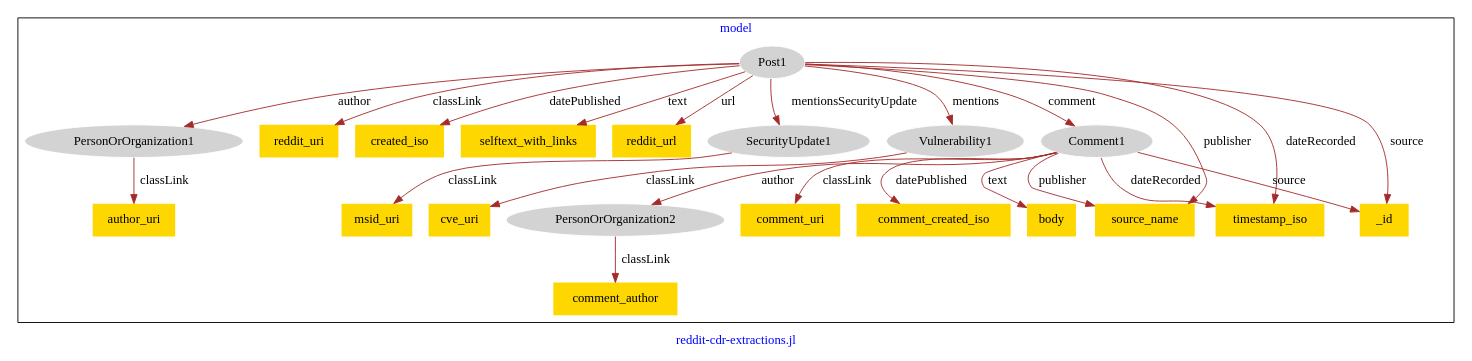
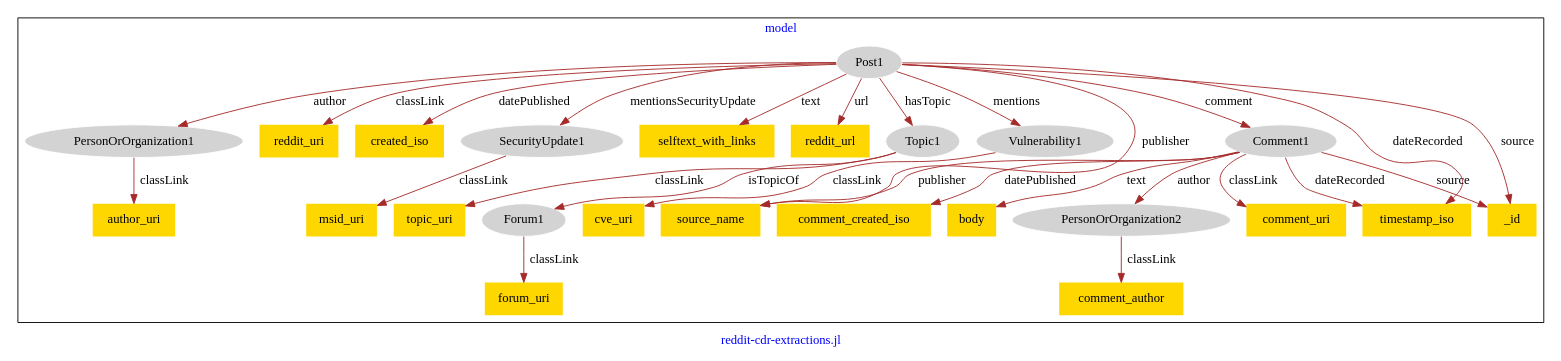
Before and after one commit to usc-isi-i2/effect-alignment: the diagram in models/hg-reddit/hg-reddit-model.dot, drawn with Graphviz.

Commit message:
Update file hg-reddit-model.dot

```diff
--- a/models/hg-reddit/hg-reddit-model.dot
+++ b/models/hg-reddit/hg-reddit-model.dot
@@ -1,50 +1,58 @@
 digraph n0 {
 fontcolor="blue"
 remincross="true"
 label="reddit-cdr-extractions.jl"
 subgraph cluster {
 label="model"
-n2[style="filled",color="white",fillcolor="lightgray",label="PersonOrOrganization1"];
-n3[shape="plaintext",style="filled",fillcolor="gold",label="author_uri"];
-n4[style="filled",color="white",fillcolor="lightgray",label="PersonOrOrganization2"];
-n5[shape="plaintext",style="filled",fillcolor="gold",label="comment_author"];
-n6[style="filled",color="white",fillcolor="lightgray",label="Post1"];
-n7[shape="plaintext",style="filled",fillcolor="gold",label="reddit_uri"];
-n8[shape="plaintext",style="filled",fillcolor="gold",label="created_iso"];
-n9[shape="plaintext",style="filled",fillcolor="gold",label="selftext_with_links"];
-n10[shape="plaintext",style="filled",fillcolor="gold",label="reddit_url"];
-n11[style="filled",color="white",fillcolor="lightgray",label="SecurityUpdate1"];
-n12[shape="plaintext",style="filled",fillcolor="gold",label="msid_uri"];
-n13[style="filled",color="white",fillcolor="lightgray",label="Vulnerability1"];
-n14[shape="plaintext",style="filled",fillcolor="gold",label="cve_uri"];
-n15[style="filled",color="white",fillcolor="lightgray",label="Comment1"];
-n16[shape="plaintext",style="filled",fillcolor="gold",label="comment_uri"];
-n17[shape="plaintext",style="filled",fillcolor="gold",label="comment_created_iso"];
-n18[shape="plaintext",style="filled",fillcolor="gold",label="body"];
-n19[shape="plaintext",style="filled",fillcolor="gold",label="_id"];
-n20[shape="plaintext",style="filled",fillcolor="gold",label="source_name"];
-n21[shape="plaintext",style="filled",fillcolor="gold",label="timestamp_iso"];
+n2[style="filled",color="white",fillcolor="lightgray",label="Forum1"];
+n3[shape="plaintext",style="filled",fillcolor="gold",label="forum_uri"];
+n4[style="filled",color="white",fillcolor="lightgray",label="PersonOrOrganization1"];
+n5[shape="plaintext",style="filled",fillcolor="gold",label="author_uri"];
+n6[style="filled",color="white",fillcolor="lightgray",label="PersonOrOrganization2"];
+n7[shape="plaintext",style="filled",fillcolor="gold",label="comment_author"];
+n8[style="filled",color="white",fillcolor="lightgray",label="Post1"];
+n9[shape="plaintext",style="filled",fillcolor="gold",label="reddit_uri"];
+n10[shape="plaintext",style="filled",fillcolor="gold",label="created_iso"];
+n11[shape="plaintext",style="filled",fillcolor="gold",label="source_name"];
+n12[shape="plaintext",style="filled",fillcolor="gold",label="selftext_with_links"];
+n13[shape="plaintext",style="filled",fillcolor="gold",label="reddit_url"];
+n14[style="filled",color="white",fillcolor="lightgray",label="SecurityUpdate1"];
+n15[shape="plaintext",style="filled",fillcolor="gold",label="msid_uri"];
+n16[style="filled",color="white",fillcolor="lightgray",label="Topic1"];
+n17[shape="plaintext",style="filled",fillcolor="gold",label="topic_uri"];
+n18[style="filled",color="white",fillcolor="lightgray",label="Vulnerability1"];
+n19[shape="plaintext",style="filled",fillcolor="gold",label="cve_uri"];
+n20[style="filled",color="white",fillcolor="lightgray",label="Comment1"];
+n21[shape="plaintext",style="filled",fillcolor="gold",label="comment_uri"];
+n22[shape="plaintext",style="filled",fillcolor="gold",label="comment_created_iso"];
+n23[shape="plaintext",style="filled",fillcolor="gold",label="body"];
+n24[shape="plaintext",style="filled",fillcolor="gold",label="timestamp_iso"];
+n25[shape="plaintext",style="filled",fillcolor="gold",label="_id"];
 }
 n2 -> n3[color="brown",fontcolor="black",label="classLink"]
 n4 -> n5[color="brown",fontcolor="black",label="classLink"]
 n6 -> n7[color="brown",fontcolor="black",label="classLink"]
-n6 -> n2[color="brown",fontcolor="black",label="author"]
-n6 -> n8[color="brown",fontcolor="black",label="datePublished"]
-n6 -> n9[color="brown",fontcolor="black",label="text"]
-n6 -> n10[color="brown",fontcolor="black",label="url"]
-n11 -> n12[color="brown",fontcolor="black",label="classLink"]
-n13 -> n14[color="brown",fontcolor="black",label="classLink"]
-n15 -> n16[color="brown",fontcolor="black",label="classLink"]
-n15 -> n4[color="brown",fontcolor="black",label="author"]
-n15 -> n17[color="brown",fontcolor="black",label="datePublished"]
-n15 -> n18[color="brown",fontcolor="black",label="text"]
-n15 -> n19[color="brown",fontcolor="black",label="source"]
-n6 -> n20[color="brown",fontcolor="black",label="publisher"]
-n15 -> n21[color="brown",fontcolor="black",label="dateRecorded"]
-n6 -> n11[color="brown",fontcolor="black",label="mentionsSecurityUpdate"]
-n15 -> n20[color="brown",fontcolor="black",label="publisher"]
-n6 -> n21[color="brown",fontcolor="black",label="dateRecorded"]
-n6 -> n19[color="brown",fontcolor="black",label="source"]
-n6 -> n13[color="brown",fontcolor="black",label="mentions"]
-n6 -> n15[color="brown",fontcolor="black",label="comment"]
+n8 -> n9[color="brown",fontcolor="black",label="classLink"]
+n8 -> n10[color="brown",fontcolor="black",label="datePublished"]
+n8 -> n11[color="brown",fontcolor="black",label="publisher"]
+n8 -> n12[color="brown",fontcolor="black",label="text"]
+n8 -> n13[color="brown",fontcolor="black",label="url"]
+n14 -> n15[color="brown",fontcolor="black",label="classLink"]
+n16 -> n17[color="brown",fontcolor="black",label="classLink"]
+n18 -> n19[color="brown",fontcolor="black",label="classLink"]
+n20 -> n21[color="brown",fontcolor="black",label="classLink"]
+n20 -> n22[color="brown",fontcolor="black",label="datePublished"]
+n20 -> n11[color="brown",fontcolor="black",label="publisher"]
+n20 -> n23[color="brown",fontcolor="black",label="text"]
+n8 -> n16[color="brown",fontcolor="black",label="hasTopic"]
+n8 -> n24[color="brown",fontcolor="black",label="dateRecorded"]
+n8 -> n25[color="brown",fontcolor="black",label="source"]
+n8 -> n14[color="brown",fontcolor="black",label="mentionsSecurityUpdate"]
+n8 -> n4[color="brown",fontcolor="black",label="author"]
+n20 -> n6[color="brown",fontcolor="black",label="author"]
+n16 -> n2[color="brown",fontcolor="black",label="isTopicOf"]
+n20 -> n24[color="brown",fontcolor="black",label="dateRecorded"]
+n20 -> n25[color="brown",fontcolor="black",label="source"]
+n8 -> n18[color="brown",fontcolor="black",label="mentions"]
+n8 -> n20[color="brown",fontcolor="black",label="comment"]
 }
```
